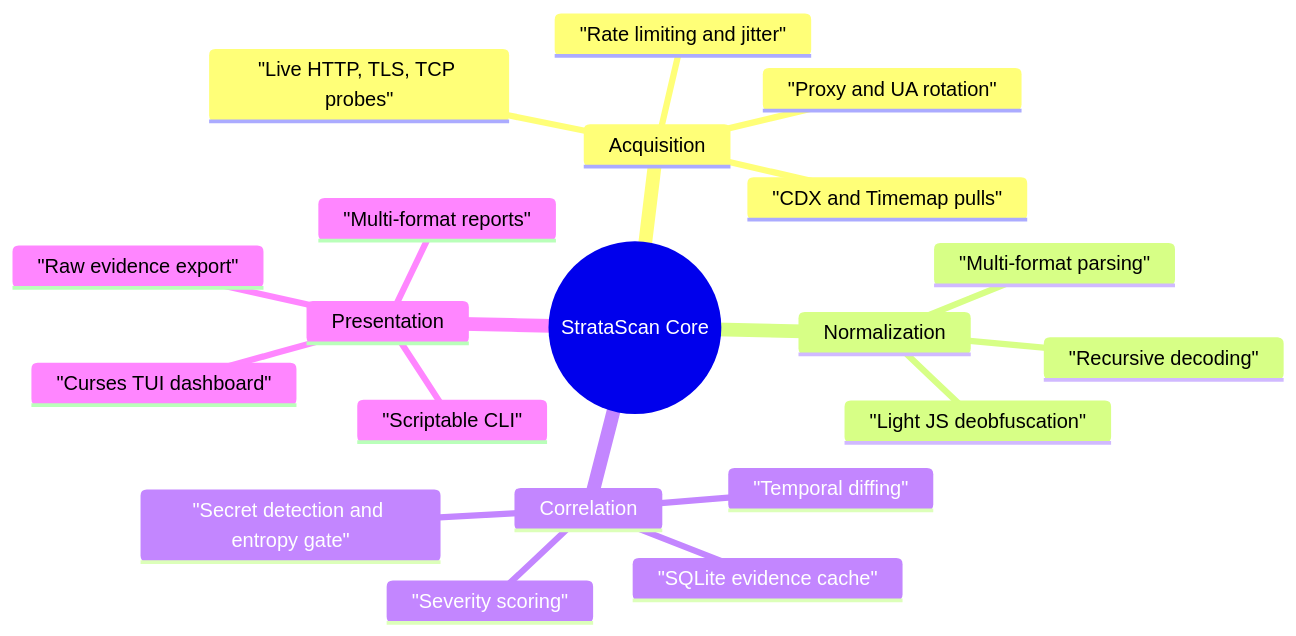
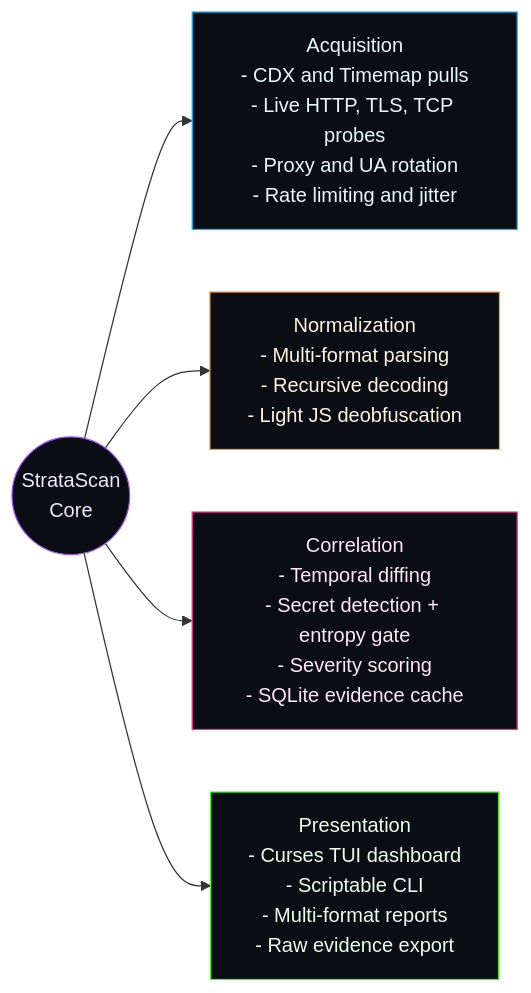
Before and after one commit to sylhetyhackvenger/STRATASCAN: the second of 21 diagrams in README.md, drawn with Mermaid. The commit also changed other lines of this file, not shown here.

````diff
--- a/README.md
+++ b/README.md
@@ -214,23 +209,14 @@
 ```mermaid
-mindmap
-  root((StrataScan Core))
-    Acquisition
-      "CDX and Timemap pulls"
-      "Live HTTP, TLS, TCP probes"
-      "Proxy and UA rotation"
-      "Rate limiting and jitter"
-    Normalization
-      "Multi-format parsing"
-      "Recursive decoding"
-      "Light JS deobfuscation"
-    Correlation
-      "Temporal diffing"
-      "Secret detection and entropy gate"
-      "Severity scoring"
-      "SQLite evidence cache"
-    Presentation
-      "Curses TUI dashboard"
-      "Scriptable CLI"
-      "Multi-format reports"
-      "Raw evidence export"
+flowchart LR
+    ROOT(("StrataScan<br/>Core"))
+    ROOT --> L1["Acquisition<br/>- CDX and Timemap pulls<br/>- Live HTTP, TLS, TCP probes<br/>- Proxy and UA rotation<br/>- Rate limiting and jitter"]
+    ROOT --> L2["Normalization<br/>- Multi-format parsing<br/>- Recursive decoding<br/>- Light JS deobfuscation"]
+    ROOT --> L3["Correlation<br/>- Temporal diffing<br/>- Secret detection + entropy gate<br/>- Severity scoring<br/>- SQLite evidence cache"]
+    ROOT --> L4["Presentation<br/>- Curses TUI dashboard<br/>- Scriptable CLI<br/>- Multi-format reports<br/>- Raw evidence export"]
+
+    style ROOT fill:#0a0e14,stroke:#9d4dff,color:#f0e6ff
+    style L1 fill:#0a0e14,stroke:#00c2ff,color:#e6f7ff
+    style L2 fill:#0a0e14,stroke:#f5a623,color:#fff3e0
+    style L3 fill:#0a0e14,stroke:#ff2d95,color:#ffe6f2
+    style L4 fill:#0a0e14,stroke:#39ff14,color:#eaffea
 ```
````
